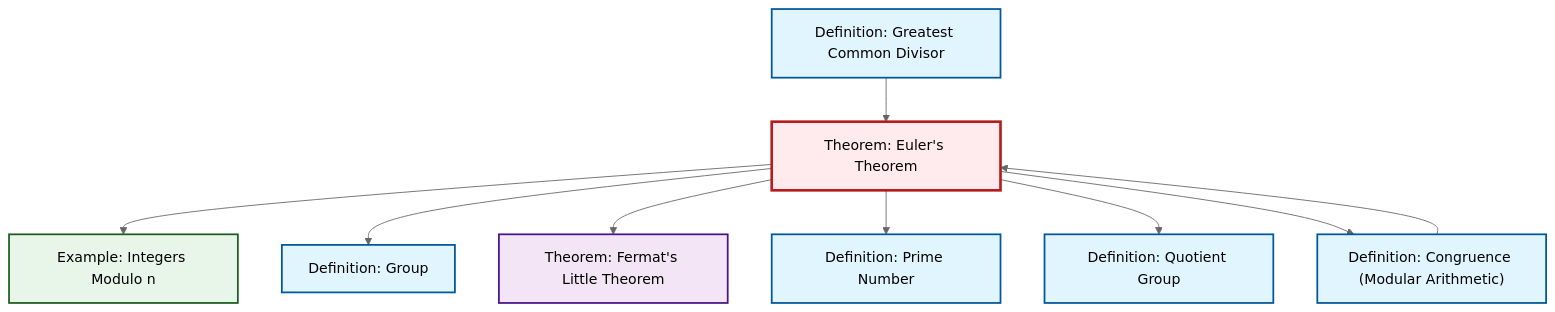
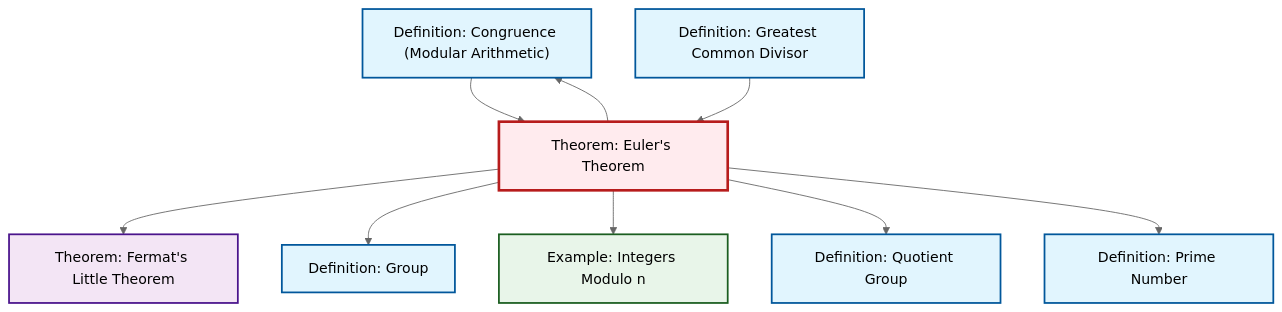
The diagram in content/en/number-theory/thm-euler.qmd (RK0429/ModernMath), drawn with Mermaid (neutral theme) before and after one commit. The commit also changed other lines of this file and 619 other files, not shown here.

First line of the commit message:
feat: Add LCM (Least Common Multiple) definition with comprehensive cross-references

````diff
--- a/content/en/number-theory/thm-euler.qmd
+++ b/content/en/number-theory/thm-euler.qmd
@@ -53,33 +53,33 @@
 ```{mermaid}
 %%| fig-cap: "Local dependency graph"
 graph TD
     classDef definition fill:#e1f5fe,stroke:#01579b,stroke-width:2px
     classDef theorem fill:#f3e5f5,stroke:#4a148c,stroke-width:2px
     classDef axiom fill:#fff3e0,stroke:#e65100,stroke-width:2px
     classDef example fill:#e8f5e9,stroke:#1b5e20,stroke-width:2px
     classDef current fill:#ffebee,stroke:#b71c1c,stroke-width:3px
+    def-congruence["Definition: Congruence (Modular Arithmetic)"]:::definition
+    def-gcd["Definition: Greatest Common Divisor"]:::definition
+    def-prime["Definition: Prime Number"]:::definition
+    def-group["Definition: Group"]:::definition
+    def-quotient-group["Definition: Quotient Group"]:::definition
     ex-quotient-integers-mod-n["Example: Integers Modulo n"]:::example
     thm-euler["Theorem: Euler's Theorem"]:::theorem
-    def-gcd["Definition: Greatest Common Divisor"]:::definition
-    def-congruence["Definition: Congruence (Modular Arithmetic)"]:::definition
     thm-fermat-little["Theorem: Fermat's Little Theorem"]:::theorem
-    def-quotient-group["Definition: Quotient Group"]:::definition
-    def-prime["Definition: Prime Number"]:::definition
-    def-group["Definition: Group"]:::definition
+    thm-euler --> thm-fermat-little
     def-congruence --> thm-euler
+    thm-euler --> def-group
     thm-euler --> ex-quotient-integers-mod-n
+    thm-euler --> def-congruence
+    thm-euler --> def-quotient-group
+    thm-euler --> def-prime
     def-gcd --> thm-euler
-    thm-euler --> def-group
-    thm-euler --> thm-fermat-little
-    thm-euler --> def-prime
-    thm-euler --> def-quotient-group
-    thm-euler --> def-congruence
     class thm-euler current
-    click ex-quotient-integers-mod-n "ex-quotient-integers-mod-n.html" "Go to Integers Modulo n example"
+    click def-congruence "def-congruence.html" "Go to Congruence (Modular Arithmetic) definition"
     click def-gcd "def-gcd.html" "Go to Greatest Common Divisor definition"
-    click def-congruence "def-congruence.html" "Go to Congruence (Modular Arithmetic) definition"
-    click thm-fermat-little "thm-fermat-little.html" "Go to Fermat's Little Theorem theorem"
-    click def-quotient-group "def-quotient-group.html" "Go to Quotient Group definition"
     click def-prime "def-prime.html" "Go to Prime Number definition"
     click def-group "def-group.html" "Go to Group definition"
+    click def-quotient-group "def-quotient-group.html" "Go to Quotient Group definition"
+    click ex-quotient-integers-mod-n "ex-quotient-integers-mod-n.html" "Go to Integers Modulo n example"
+    click thm-fermat-little "thm-fermat-little.html" "Go to Fermat's Little Theorem theorem"
 ```
````
